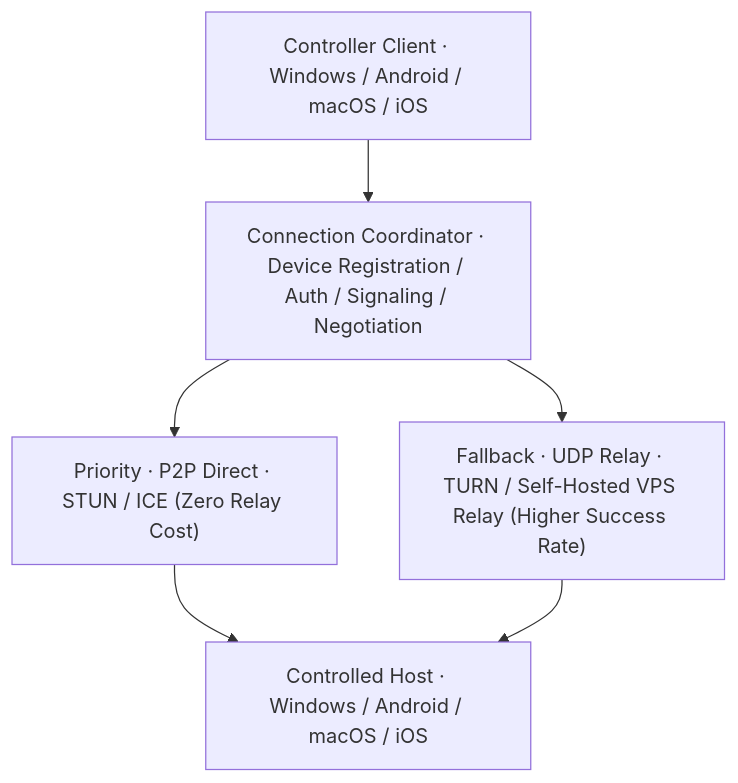
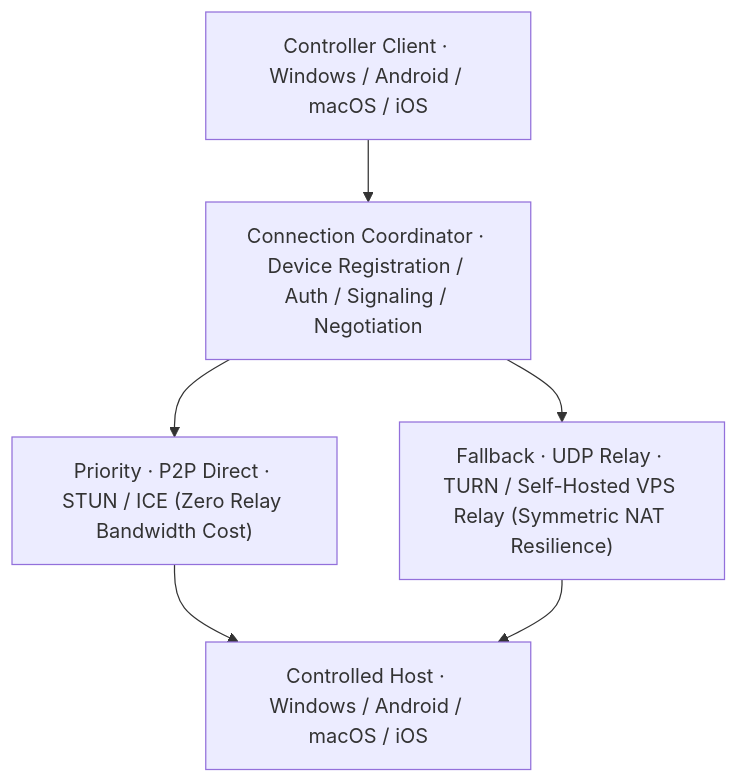
The second of 2 diagrams in README.en.md (Gluxggg/BoBo-Remote), drawn with Mermaid before and after one commit. The commit also changed other lines of this file and 1 other file, not shown here.

Commit message:
docs: holistically rewrite README.md and README.en.md highlighting project architecture and strengths

````diff
--- a/README.en.md
+++ b/README.en.md
@@ -100,14 +151,14 @@
 ```mermaid
 flowchart TB
   CLIENT["Controller Client · Windows / Android / macOS / iOS"]
   COORD["Connection Coordinator · Device Registration / Auth / Signaling / Negotiation"]
-  P2P["Priority · P2P Direct · STUN / ICE (Zero Relay Cost)"]
-  RELAY["Fallback · UDP Relay · TURN / Self-Hosted VPS Relay (Higher Success Rate)"]
+  P2P["Priority · P2P Direct · STUN / ICE (Zero Relay Bandwidth Cost)"]
+  RELAY["Fallback · UDP Relay · TURN / Self-Hosted VPS Relay (Symmetric NAT Resilience)"]
   HOST["Controlled Host · Windows / Android / macOS / iOS"]
 
   CLIENT --> COORD
   COORD --> P2P
   COORD --> RELAY
   P2P --> HOST
   RELAY --> HOST
 ```
````
